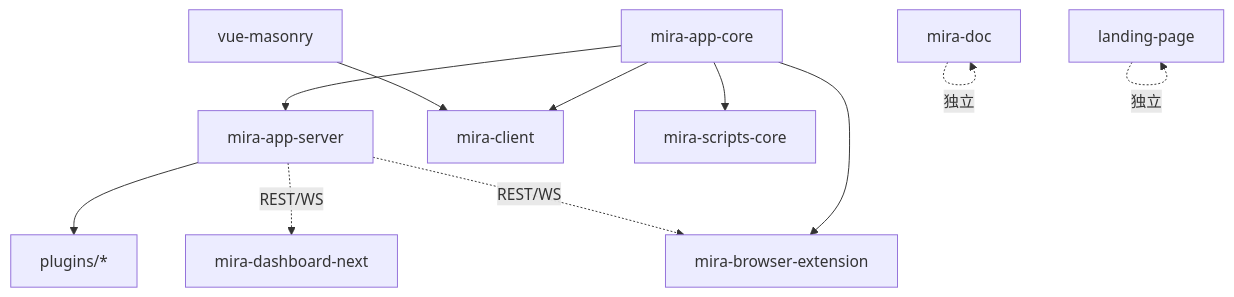
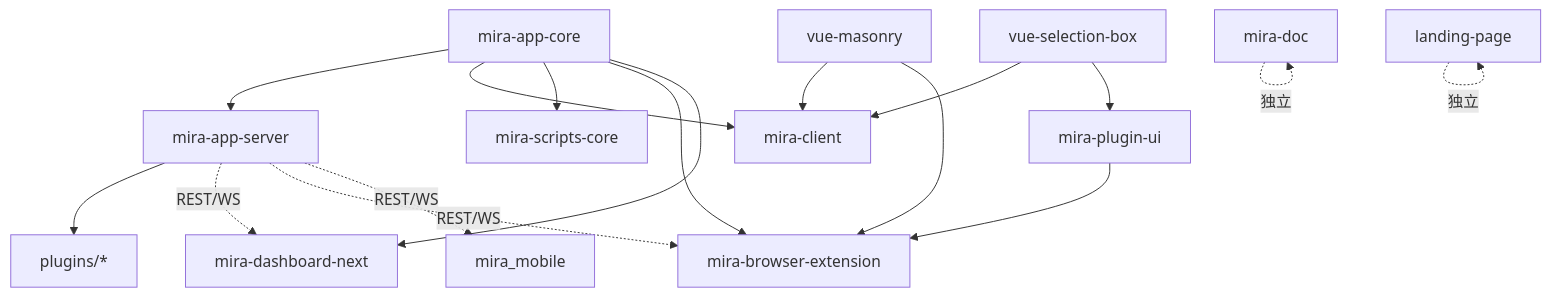
One commit to hunmer/mira changed the diagram in claude/overview.md. Above: the diagram before and after it, drawn with Mermaid. The commit also changed other lines of this file and 124 other files, not shown here.

````diff
--- a/claude/overview.md
+++ b/claude/overview.md
@@ -48,24 +52,33 @@
 ```mermaid
 graph TD
   core[mira-app-core]
   server[mira-app-server]
   client[mira-client]
   dash[mira-dashboard-next]
   ext[mira-browser-extension]
+  mobile[mira_mobile]
   vmason[vue-masonry]
+  vsel[vue-selection-box]
+  pui[mira-plugin-ui]
   scripts[mira-scripts-core]
   doc[mira-doc]
   landing[landing-page]
   plugins[plugins/*]
 
   core --> server
   core --> client
   core --> scripts
   core --> ext
+  core --> dash
   vmason --> client
+  vmason --> ext
+  vsel --> client
+  vsel --> pui
+  pui --> ext
   server --> plugins
   server -.REST/WS.-> dash
   server -.REST/WS.-> ext
+  server -.REST/WS.-> mobile
   landing -.独立.-> landing
   doc -.独立.-> doc
 ```
````
